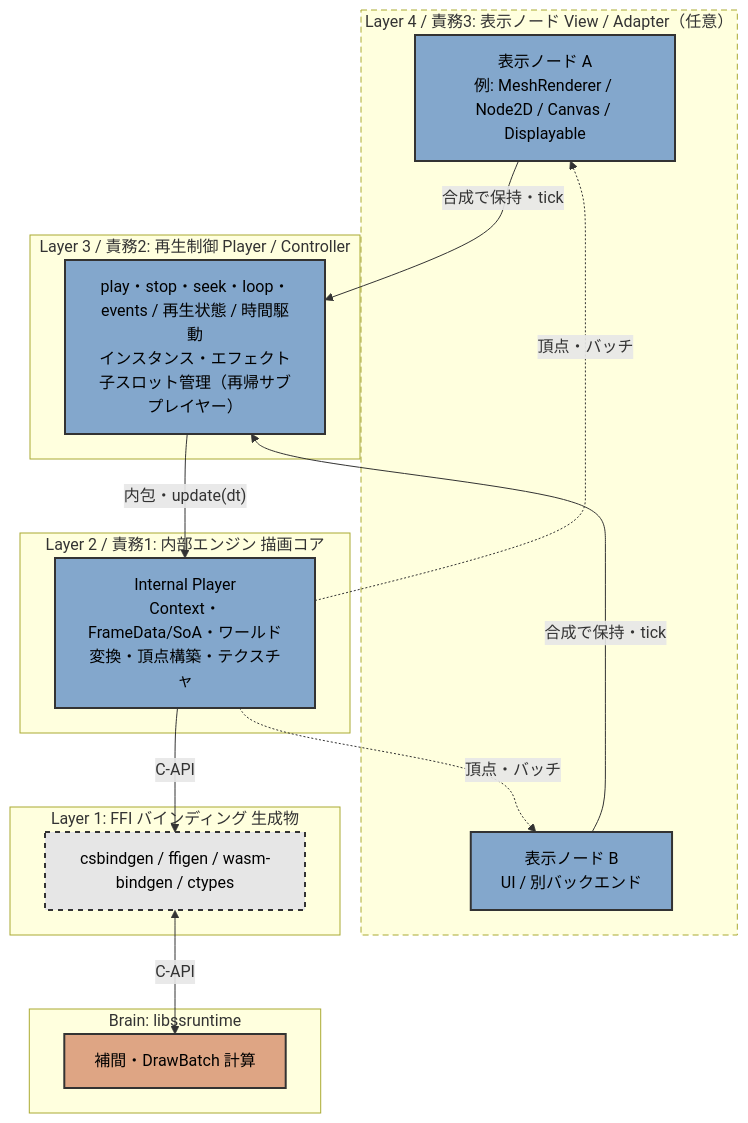
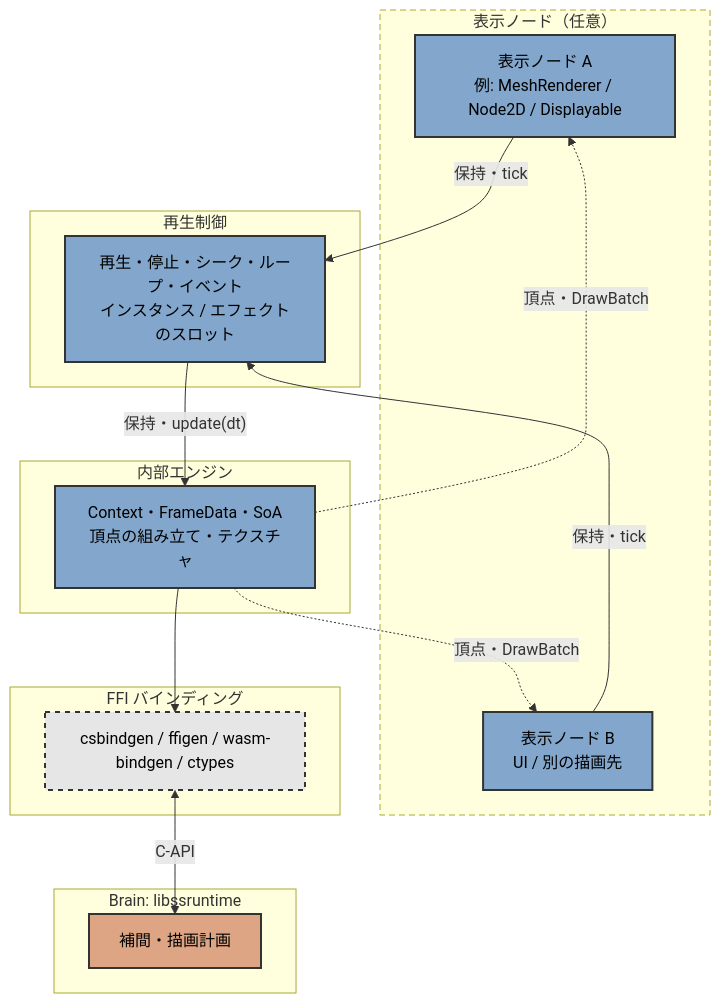
The diagram in libs/ssruntime/docs/20_design/20_architecture.ja.md (cri-middleware/SpriteStudio-SDK), drawn with Mermaid before and after one commit. The commit also changed other lines of this file and 104 other files, not shown here.

````diff
--- a/libs/ssruntime/docs/20_design/20_architecture.ja.md
+++ b/libs/ssruntime/docs/20_design/20_architecture.ja.md
@@ -97,32 +48,32 @@
 ```mermaid
 graph TD
     classDef core fill:#83a7cc,stroke:#333,stroke-width:2px,color:#000;
     classDef ffi fill:#e6e6e6,stroke:#333,stroke-width:2px,color:#000,stroke-dasharray: 5 5;
     classDef brain fill:#dea584,stroke:#333,stroke-width:2px,color:#000;
 
-    subgraph L4 [Layer 4 / 責務3: 表示ノード View / Adapter（任意）]
-        V1["表示ノード A<br/>例: MeshRenderer / Node2D / Canvas / Displayable"]:::core
-        V2["表示ノード B<br/>UI / 別バックエンド"]:::core
+    subgraph L3 [表示ノード（任意）]
+        V1["表示ノード A<br/>例: MeshRenderer / Node2D / Displayable"]:::core
+        V2["表示ノード B<br/>UI / 別の描画先"]:::core
     end
-    subgraph L3 [Layer 3 / 責務2: 再生制御 Player / Controller]
-        P["play・stop・seek・loop・events / 再生状態 / 時間駆動<br/>インスタンス・エフェクト子スロット管理（再帰サブプレイヤー）"]:::core
+    subgraph L2 [再生制御]
+        P["再生・停止・シーク・ループ・イベント<br/>インスタンス / エフェクトのスロット"]:::core
     end
-    subgraph L2 [Layer 2 / 責務1: 内部エンジン 描画コア]
-        E["Internal Player<br/>Context・FrameData/SoA・ワールド変換・頂点構築・テクスチャ"]:::core
+    subgraph L1 [内部エンジン]
+        E["Context・FrameData・SoA<br/>頂点の組み立て・テクスチャ"]:::core
     end
-    subgraph L1 [Layer 1: FFI バインディング 生成物]
+    subgraph FFI [FFI バインディング]
         B["csbindgen / ffigen / wasm-bindgen / ctypes"]:::ffi
     end
     subgraph Native [Brain: libssruntime]
-        R["補間・DrawBatch 計算"]:::brain
+        R["補間・描画計画"]:::brain
     end
 
-    V1 -->|"合成で保持・tick"| P
-    V2 -->|"合成で保持・tick"| P
-    P -->|"内包・update(dt)"| E
-    E -->|"C-API"| B
+    V1 -->|"保持・tick"| P
+    V2 -->|"保持・tick"| P
+    P -->|"保持・update(dt)"| E
+    E --> B
     B <-->|"C-API"| R
-    E -.->|"頂点・バッチ"| V1
-    E -.->|"頂点・バッチ"| V2
-    style L4 stroke-dasharray: 6 4
+    E -.->|"頂点・DrawBatch"| V1
+    E -.->|"頂点・DrawBatch"| V2
+    style L3 stroke-dasharray: 6 4
 ```
````
